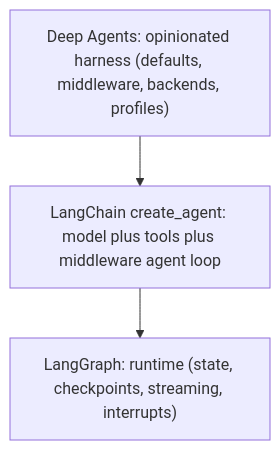
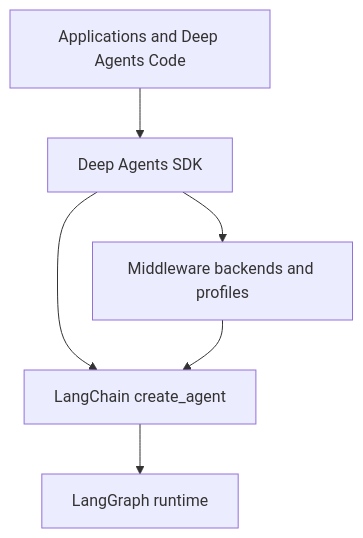
The diagram in openwiki/architecture/overview.md (langchain-ai/deepagents), drawn with Mermaid before and after one commit. The commit also changed other lines of this file and 63 other files, not shown here.

````diff
--- a/openwiki/architecture/overview.md
+++ b/openwiki/architecture/overview.md
@@ -35,8 +42,8 @@
 ```mermaid
 flowchart TD
-  DA["Deep Agents: opinionated harness (defaults, middleware, backends, profiles)"]
-  LC["LangChain create_agent: model plus tools plus middleware agent loop"]
-  LG["LangGraph: runtime (state, checkpoints, streaming, interrupts)"]
-  DA --> LC
-  LC --> LG
+  Product["Applications and Deep Agents Code"] --> SDK["Deep Agents SDK"]
+  SDK --> Agent["LangChain create_agent"]
+  Agent --> Runtime["LangGraph runtime"]
+  SDK --> Harness["Middleware backends and profiles"]
+  Harness --> Agent
 ```
````
